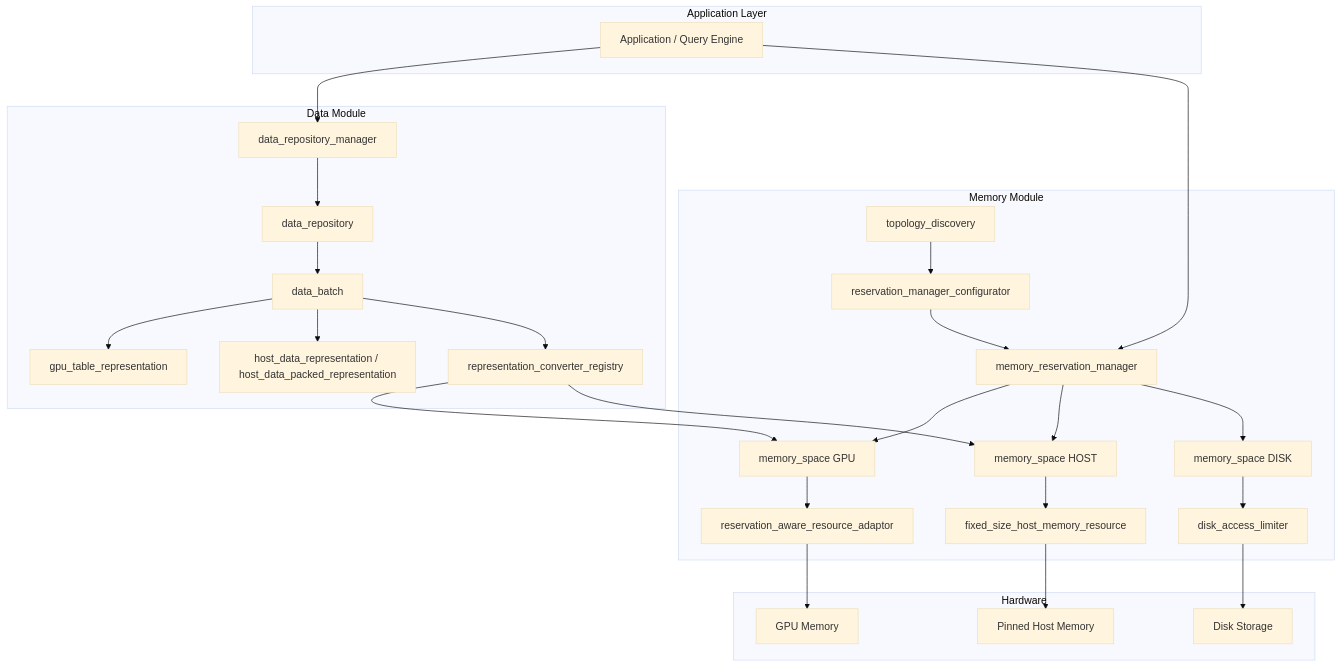
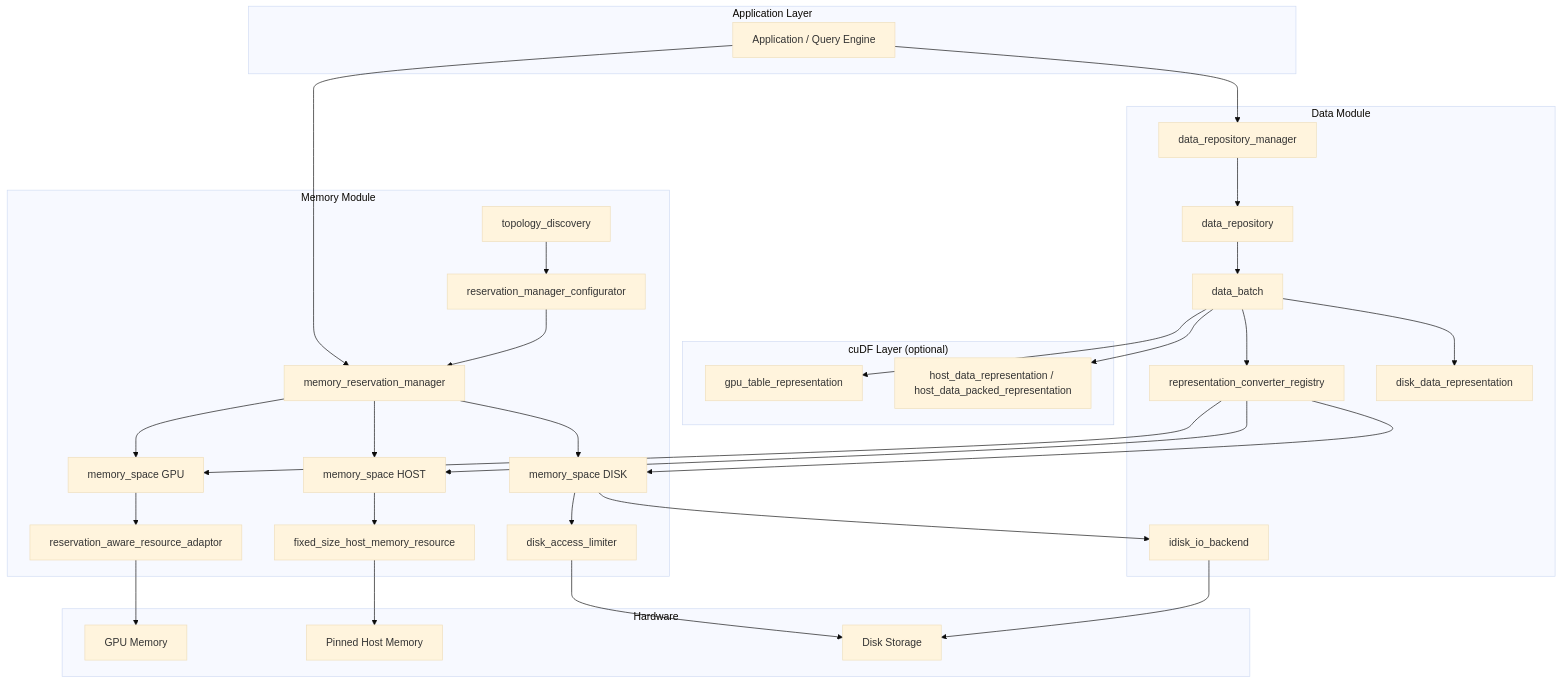
One commit to NVIDIA/cuCascade changed the first of 3 diagrams in docs/ARCHITECTURE.md. Above: the diagram before and after it, drawn with Mermaid (base theme). The commit also changed other lines of this file and 11 other files, not shown here.

````diff
--- a/docs/ARCHITECTURE.md
+++ b/docs/ARCHITECTURE.md
@@ -39,58 +46,67 @@
 ```mermaid
 graph TB
     subgraph "Application Layer"
         APP[Application / Query Engine]
     end
 
     subgraph "Data Module"
         DRM[data_repository_manager]
         DR[data_repository]
         DB[data_batch]
         RC[representation_converter_registry]
+        DISK_REP[disk_data_representation]
+        IOB[idisk_io_backend]
+    end
+
+    subgraph "cuDF Layer (optional)"
         GPU_REP[gpu_table_representation]
         HOST_REP[host_data_representation / host_data_packed_representation]
     end
 
     subgraph "Memory Module"
         MRM[memory_reservation_manager]
         MS_GPU[memory_space GPU]
         MS_HOST[memory_space HOST]
         MS_DISK[memory_space DISK]
         RARA[reservation_aware_resource_adaptor]
         FSHMR[fixed_size_host_memory_resource]
         DAL[disk_access_limiter]
         TD[topology_discovery]
         RMC[reservation_manager_configurator]
     end
 
     subgraph "Hardware"
         GPU_MEM[GPU Memory]
         HOST_MEM[Pinned Host Memory]
         DISK_MEM[Disk Storage]
     end
 
     APP --> DRM
     APP --> MRM
     DRM --> DR
     DR --> DB
     DB --> GPU_REP
     DB --> HOST_REP
+    DB --> DISK_REP
     DB --> RC
 
     MRM --> MS_GPU
     MRM --> MS_HOST
     MRM --> MS_DISK
     TD --> RMC
     RMC --> MRM
 
     MS_GPU --> RARA
     MS_HOST --> FSHMR
     MS_DISK --> DAL
+    MS_DISK --> IOB
 
     RARA --> GPU_MEM
     FSHMR --> HOST_MEM
     DAL --> DISK_MEM
+    IOB --> DISK_MEM
 
     RC --> MS_GPU
     RC --> MS_HOST
+    RC --> MS_DISK
 ```
````
